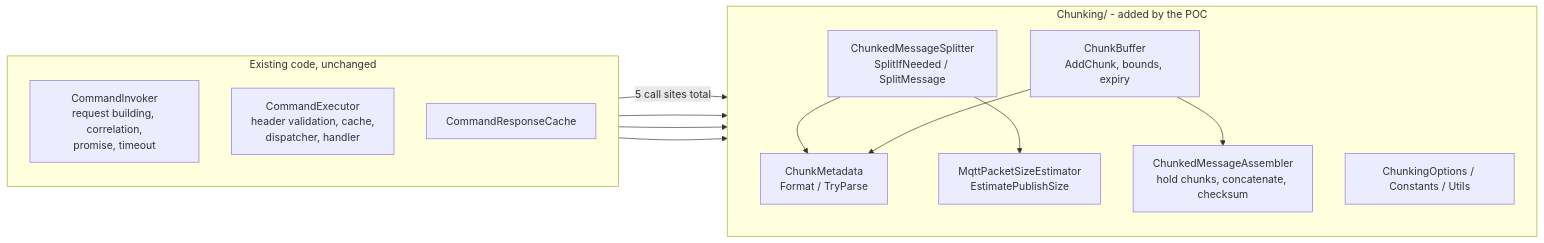
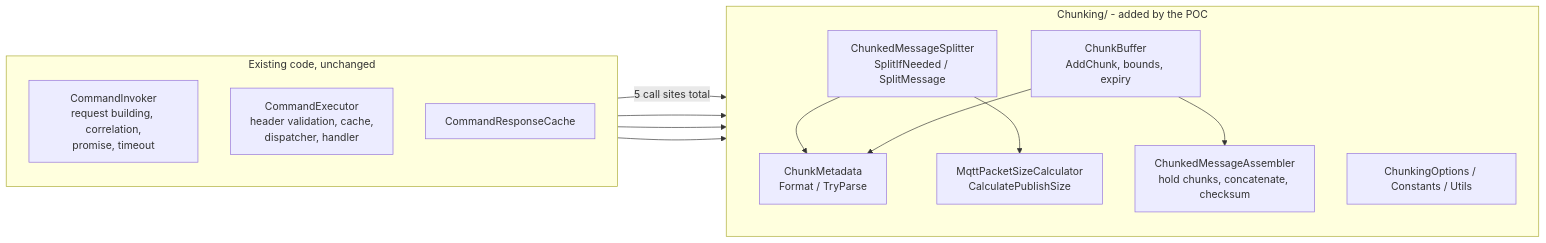
The first of 3 diagrams in doc/dev/rpc-chunking-implementation-walkthrough.md (Azure/iot-operations-sdks), drawn with Mermaid before and after one commit. The commit also changed other lines of this file and 9 other files, not shown here.

````diff
--- a/doc/dev/rpc-chunking-implementation-walkthrough.md
+++ b/doc/dev/rpc-chunking-implementation-walkthrough.md
@@ -18,28 +18,28 @@
 ```mermaid
 flowchart LR
     subgraph Untouched["Existing code, unchanged"]
         direction TB
         U1["CommandInvoker<br/>request building, correlation,<br/>promise, timeout"]
         U2["CommandExecutor<br/>header validation, cache,<br/>dispatcher, handler"]
         U3["CommandResponseCache"]
     end
 
     subgraph New["Chunking/ - added by the POC"]
         direction TB
         N1["ChunkedMessageSplitter<br/>SplitIfNeeded / SplitMessage"]
         N2["ChunkMetadata<br/>Format / TryParse"]
         N3["ChunkBuffer<br/>AddChunk, bounds, expiry"]
         N4["ChunkedMessageAssembler<br/>hold chunks, concatenate, checksum"]
-        N5["MqttPacketSizeEstimator<br/>EstimatePublishSize"]
+        N5["MqttPacketSizeCalculator<br/>CalculatePublishSize"]
         N6["ChunkingOptions / Constants / Utils"]
     end
 
     U1 -->|"5 call sites total"| N1
     U1 --> N3
     U2 --> N1
     U2 --> N3
     N1 --> N2
     N1 --> N5
     N3 --> N2
     N3 --> N4
 ```
````
